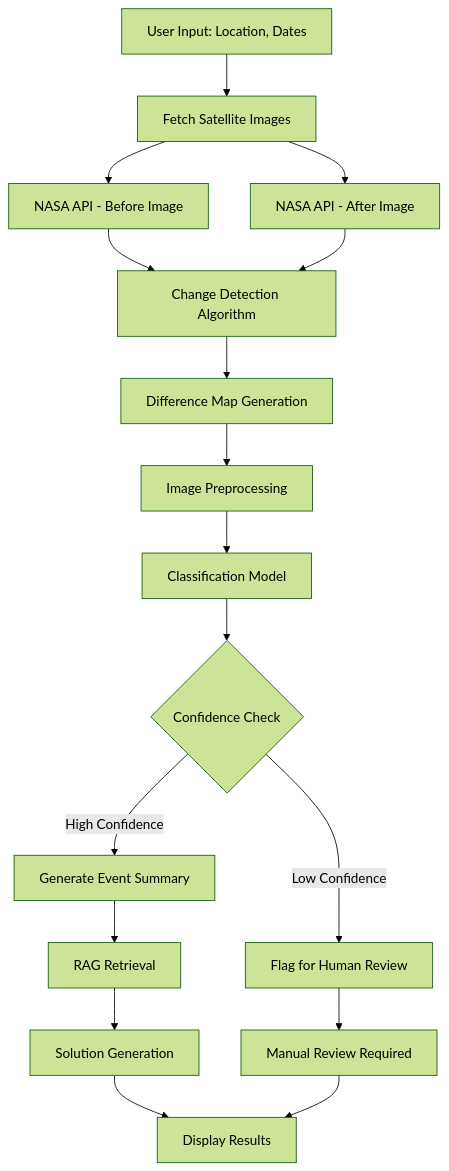
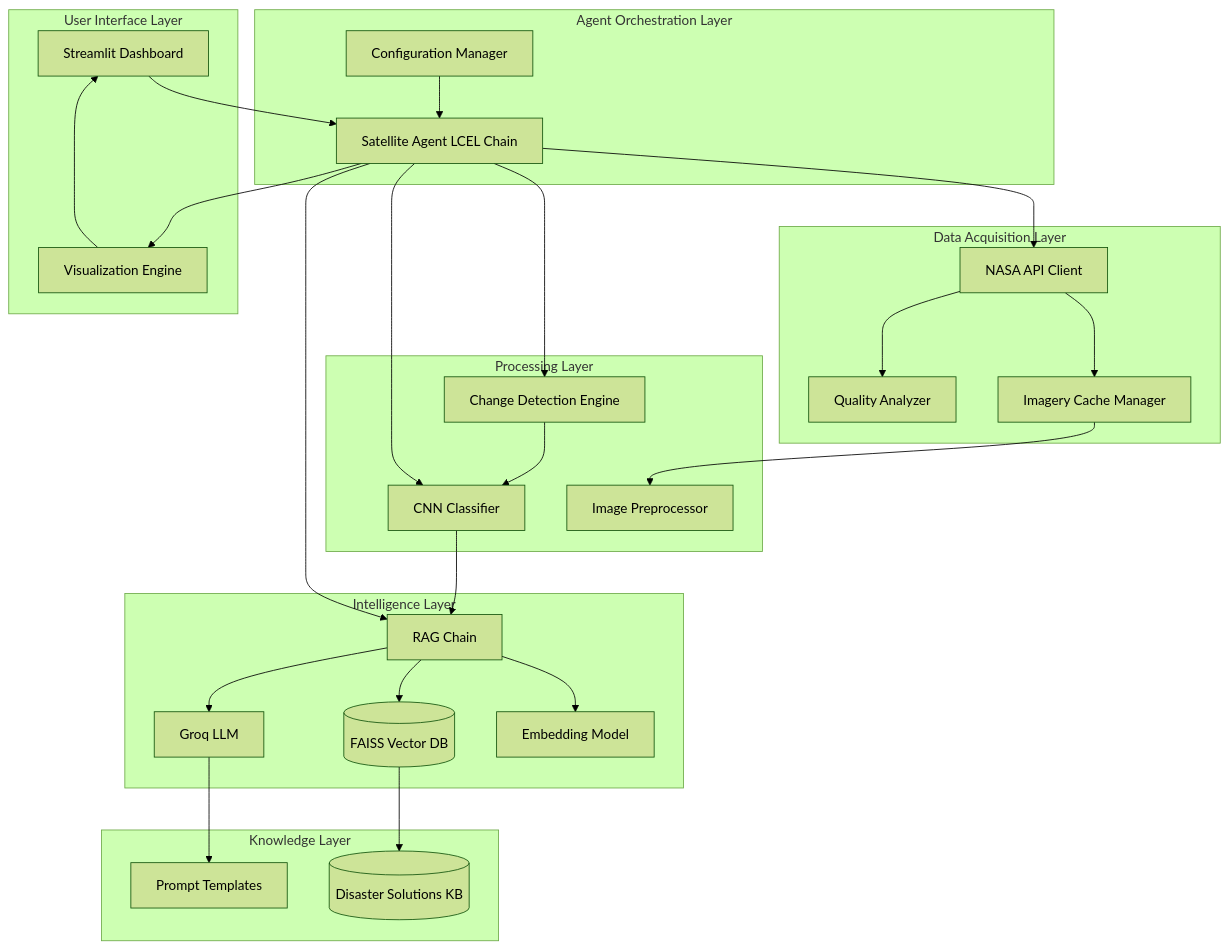
The first of 2 diagrams in README.md (Rohit1x52/ORBITAL_WITNESS), drawn with Mermaid (forest theme) before and after one commit. The commit also changed other lines of this file and 28 other files, not shown here.

````diff
--- a/README.md
+++ b/README.md
@@ -196,19 +165,55 @@
 ```mermaid
-graph TD
-    A[User Input: Location, Dates] --> B[Fetch Satellite Images]
-    B --> C[NASA API - Before Image]
-    B --> D[NASA API - After Image]
-    C --> E[Change Detection Algorithm]
-    D --> E
-    E --> F[Difference Map Generation]
-    F --> G[Image Preprocessing]
-    G --> H[Classification Model]
-    H --> I{Confidence Check}
-    I -->|High Confidence| J[Generate Event Summary]
-    I -->|Low Confidence| K[Flag for Human Review]
-    J --> L[RAG Retrieval]
-    K --> M[Manual Review Required]
-    L --> N[Solution Generation]
-    N --> O[Display Results]
-    M --> O
+graph TB
+    subgraph "User Interface Layer"
+        UI[Streamlit Dashboard]
+        VIZ[Visualization Engine]
+    end
+    
+    subgraph "Agent Orchestration Layer"
+        AGENT[Satellite Agent LCEL Chain]
+        CONFIG[Configuration Manager]
+    end
+    
+    subgraph "Data Acquisition Layer"
+        NASA[NASA API Client]
+        CACHE[Imagery Cache Manager]
+        QUAL[Quality Analyzer]
+    end
+    
+    subgraph "Processing Layer"
+        PREP[Image Preprocessor]
+        DETECT[Change Detection Engine]
+        CLASS[CNN Classifier]
+    end
+    
+    subgraph "Intelligence Layer"
+        EMB[Embedding Model]
+        VDB[(FAISS Vector DB)]
+        LLM[Groq LLM]
+        RAG[RAG Chain]
+    end
+    
+    subgraph "Knowledge Layer"
+        KB[(Disaster Solutions KB)]
+        PRMPT[Prompt Templates]
+    end
+    
+    UI --> AGENT
+    VIZ --> UI
+    AGENT --> NASA
+    AGENT --> DETECT
+    AGENT --> CLASS
+    AGENT --> RAG
+    NASA --> CACHE
+    NASA --> QUAL
+    CACHE --> PREP
+    DETECT --> CLASS
+    CLASS --> RAG
+    RAG --> EMB
+    RAG --> VDB
+    RAG --> LLM
+    VDB --> KB
+    LLM --> PRMPT
+    AGENT --> VIZ
+    CONFIG --> AGENT
 ```
````
